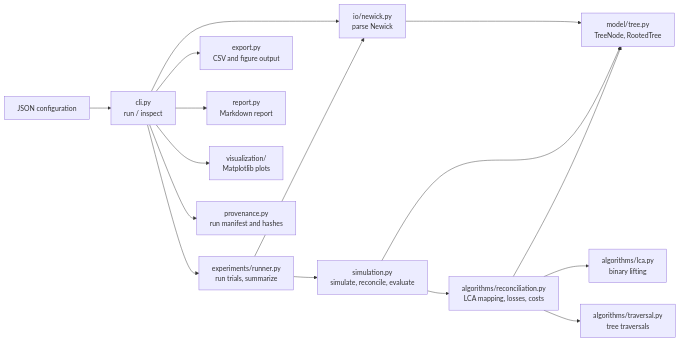
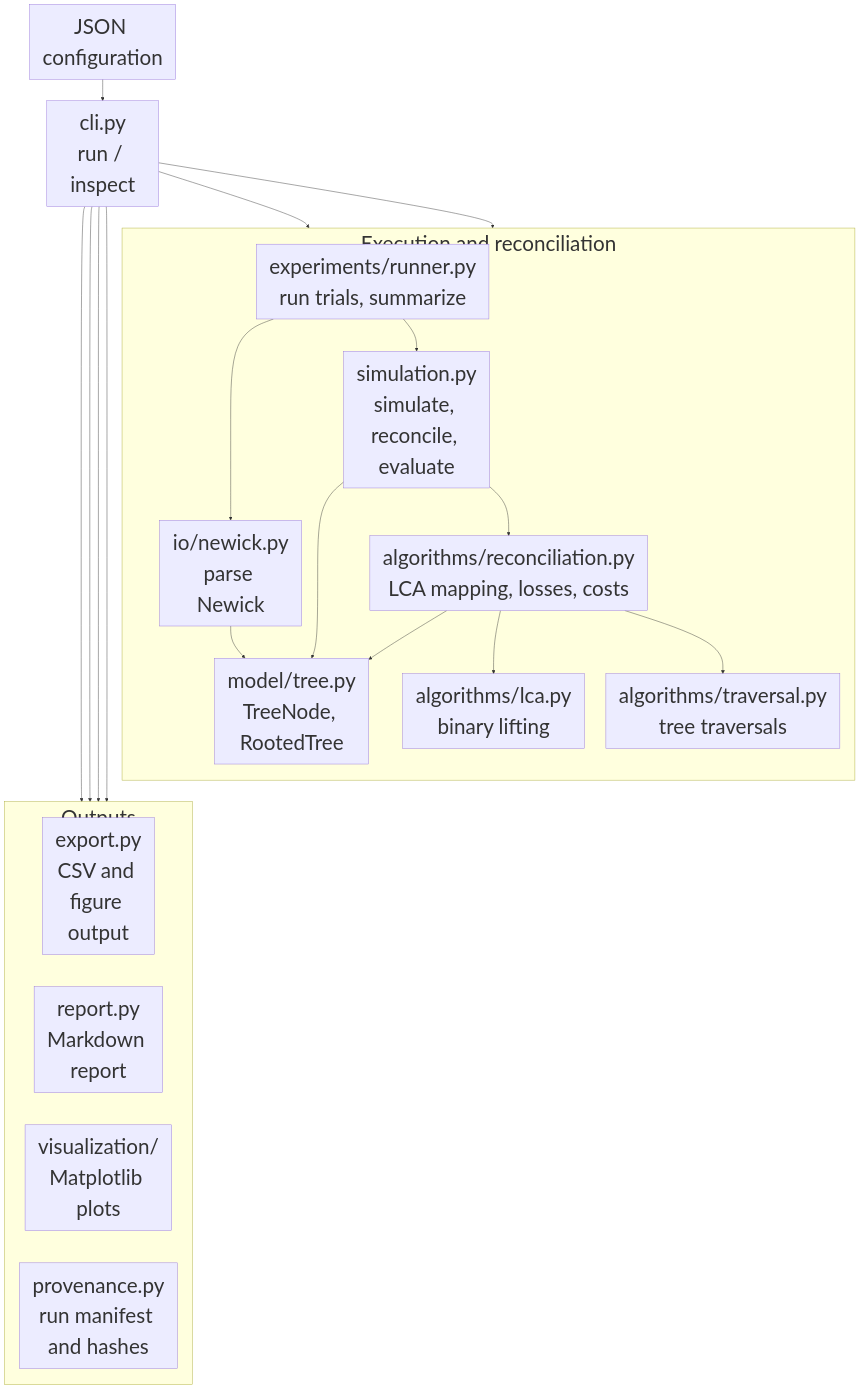
One commit to oma452/PhyloBench changed the first of 2 diagrams in PhyloBench_manuscript.md. Above: the diagram before and after it, drawn with Mermaid.

Commit message:
docs: refine Figure 1 layout

````diff
--- a/PhyloBench_manuscript.md
+++ b/PhyloBench_manuscript.md
@@ -48,31 +48,42 @@
 ```mermaid
-flowchart LR
+%%{init: {"themeVariables": {"fontSize": "48px"}}}%%
+flowchart TB
   CFG[JSON configuration]
   C[cli.py<br/>run / inspect]
-  N[io/newick.py<br/>parse Newick]
-  T[model/tree.py<br/>TreeNode, RootedTree]
-  SIM[simulation.py<br/>simulate, reconcile, evaluate]
-  RC[algorithms/reconciliation.py<br/>LCA mapping, losses, costs]
-  L[algorithms/lca.py<br/>binary lifting]
-  TR[algorithms/traversal.py<br/>tree traversals]
-  E[experiments/runner.py<br/>run trials, summarize]
-  X[export.py<br/>CSV and figure output]
-  P[report.py<br/>Markdown report]
-  V[visualization/<br/>Matplotlib plots]
-  PR[provenance.py<br/>run manifest and hashes]
+  subgraph OUTPUTS[Outputs]
+    direction TB
+    X[export.py<br/>CSV and figure output]
+    P[report.py<br/>Markdown report]
+    V[visualization/<br/>Matplotlib plots]
+    PR[provenance.py<br/>run manifest and hashes]
+    X ~~~ P
+    P ~~~ V
+    V ~~~ PR
+  end
+  subgraph COMPUTE[Execution and reconciliation]
+    direction TB
+    E[experiments/runner.py<br/>run trials, summarize]
+    N[io/newick.py<br/>parse Newick]
+    T[model/tree.py<br/>TreeNode, RootedTree]
+    SIM[simulation.py<br/>simulate, reconcile, evaluate]
+    RC[algorithms/reconciliation.py<br/>LCA mapping, losses, costs]
+    L[algorithms/lca.py<br/>binary lifting]
+    TR[algorithms/traversal.py<br/>tree traversals]
+  end
+  TR ~~~ X
   CFG --> C
   C --> N
   C --> E
   C --> X
   C --> P
   C --> V
   C --> PR
   N --> T
   E --> N
   E --> SIM
   SIM --> T
   SIM --> RC
   RC --> L
   RC --> TR
   RC --> T
 ```
````
